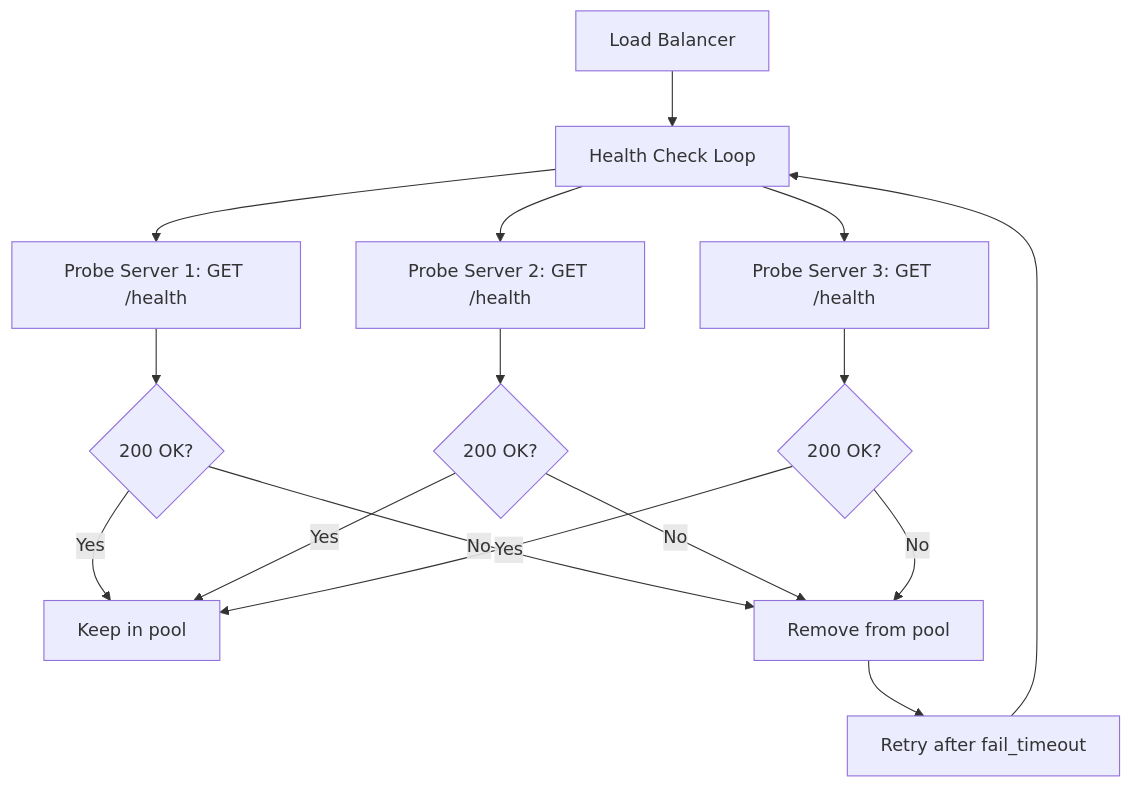
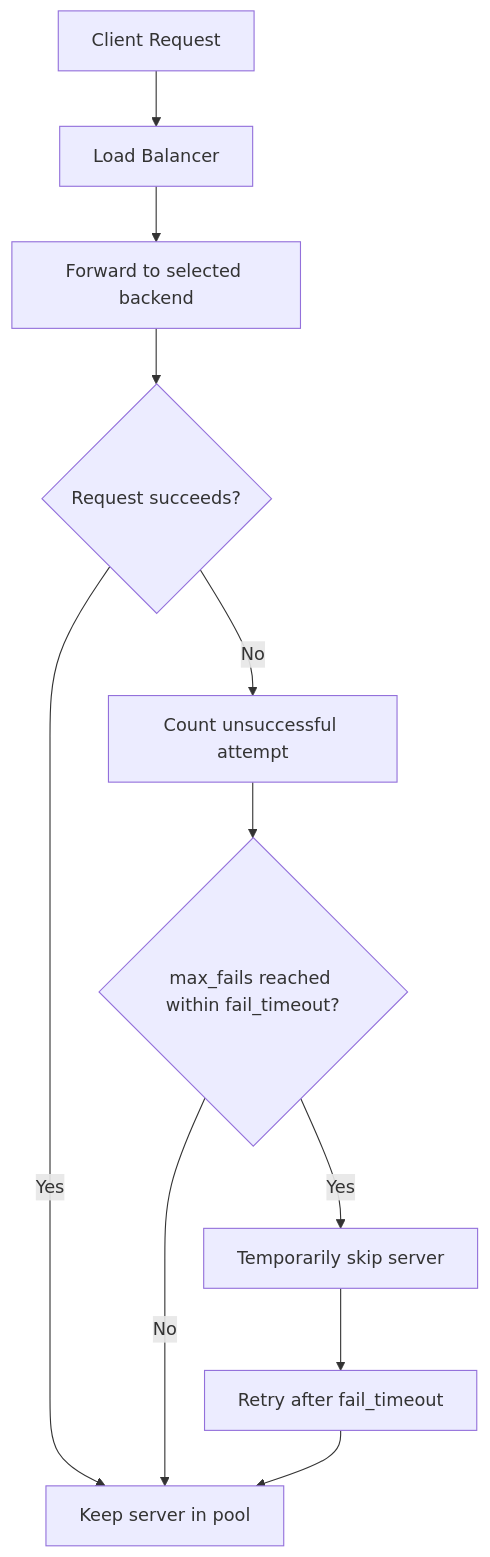
One commit to OneUptime/blog changed the sixth of 6 diagrams in posts/2026-02-20-load-balancing-algorithms/README.md. Above: the diagram before and after it, drawn with Mermaid. The commit also changed other lines of this file and 2 other files, not shown here.

Commit message:
validate: 2026-02-20-load-balancing-algorithms

````diff
--- a/posts/2026-02-20-load-balancing-algorithms/README.md
+++ b/posts/2026-02-20-load-balancing-algorithms/README.md
@@ -344,18 +345,13 @@
 ```mermaid
 flowchart TD
-    A[Load Balancer] --> B[Health Check Loop]
-    B --> C[Probe Server 1: GET /health]
-    B --> D[Probe Server 2: GET /health]
-    B --> E[Probe Server 3: GET /health]
-    C --> F{200 OK?}
-    D --> G{200 OK?}
-    E --> H{200 OK?}
-    F -->|Yes| I[Keep in pool]
-    F -->|No| J[Remove from pool]
-    G -->|Yes| I
-    G -->|No| J
-    H -->|Yes| I
-    H -->|No| J
-    J --> K[Retry after fail_timeout]
-    K --> B
+    A[Client Request] --> B[Load Balancer]
+    B --> C[Forward to selected backend]
+    C --> D{Request succeeds?}
+    D -->|Yes| E[Keep server in pool]
+    D -->|No| F[Count unsuccessful attempt]
+    F --> G{max_fails reached within fail_timeout?}
+    G -->|No| E
+    G -->|Yes| H[Temporarily skip server]
+    H --> I[Retry after fail_timeout]
+    I --> E
 ```
````
